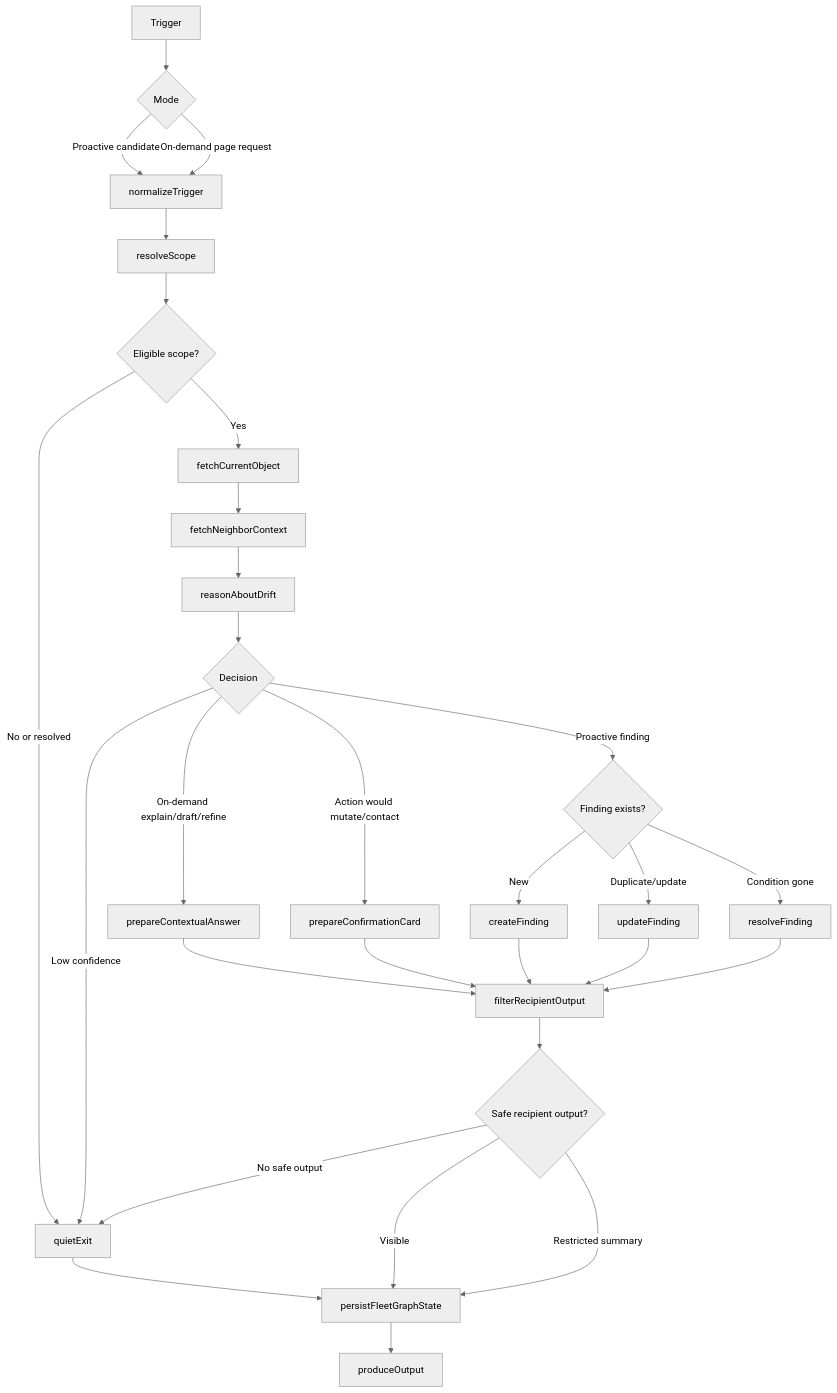
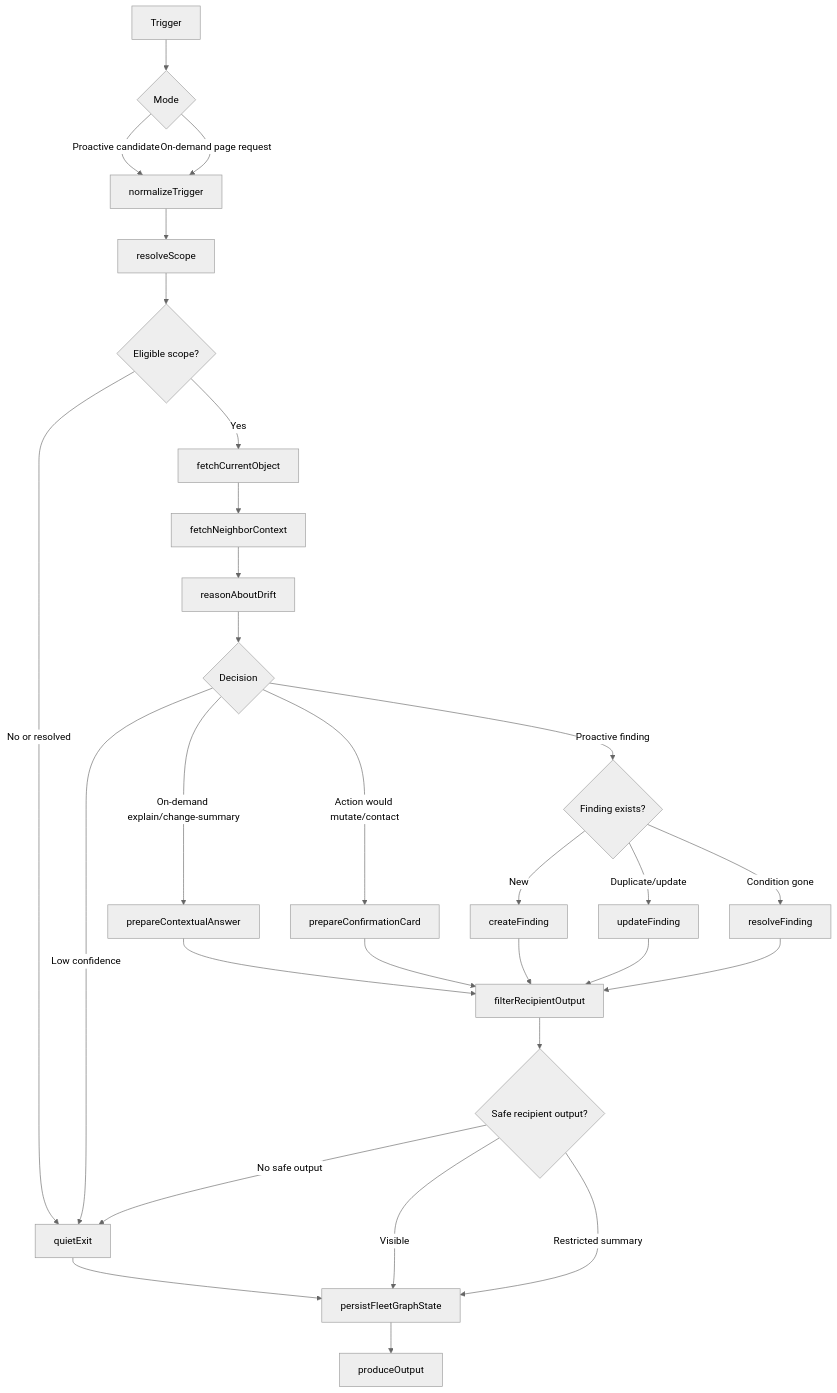
Before and after one commit to MichaelHabermas/ship-shape: the diagram in FLEETGRAPH.md, drawn with Mermaid (neutral theme). The commit also changed other lines of this file and 26 other files, not shown here.

````diff
--- a/FLEETGRAPH.md
+++ b/FLEETGRAPH.md
@@ -49,31 +59,31 @@
 ```mermaid
 flowchart TD
   A[Trigger] --> B{Mode}
   B -->|Proactive candidate| C[normalizeTrigger]
   B -->|On-demand page request| C
   C --> D[resolveScope]
   D --> E{Eligible scope?}
   E -->|No or resolved| Q[quietExit]
   E -->|Yes| F[fetchCurrentObject]
   F --> G[fetchNeighborContext]
   G --> H[reasonAboutDrift]
   H --> I{Decision}
   I -->|Low confidence| Q
   I -->|Proactive finding| J{Finding exists?}
-  I -->|On-demand explain/draft/refine| K[prepareContextualAnswer]
+  I -->|On-demand explain/change-summary| K[prepareContextualAnswer]
   I -->|Action would mutate/contact| L[prepareConfirmationCard]
   J -->|New| M[createFinding]
   J -->|Duplicate/update| N[updateFinding]
   J -->|Condition gone| O[resolveFinding]
   K --> P[filterRecipientOutput]
   L --> P
   M --> P
   N --> P
   O --> P
   Q --> R[persistFleetGraphState]
   P --> S{Safe recipient output?}
   S -->|Visible| R
   S -->|Restricted summary| R
   S -->|No safe output| Q
   R --> T[produceOutput]
 ```
````
